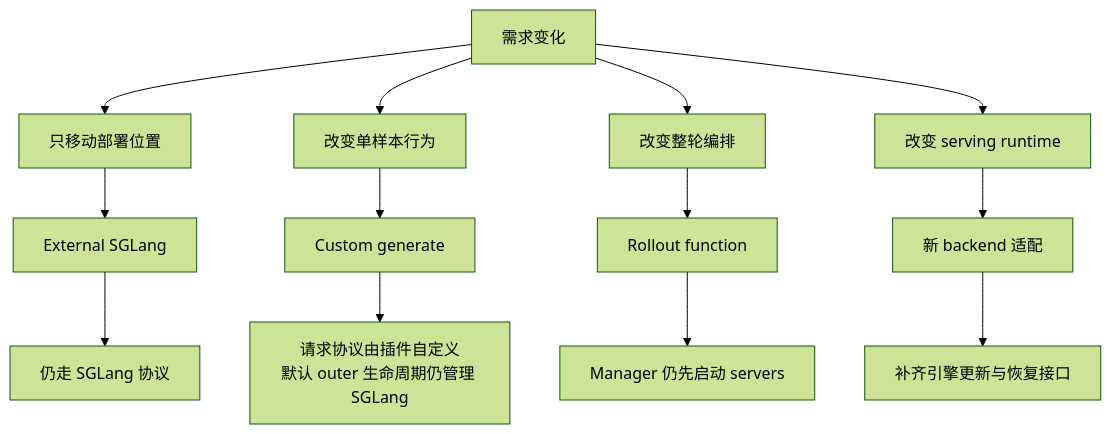
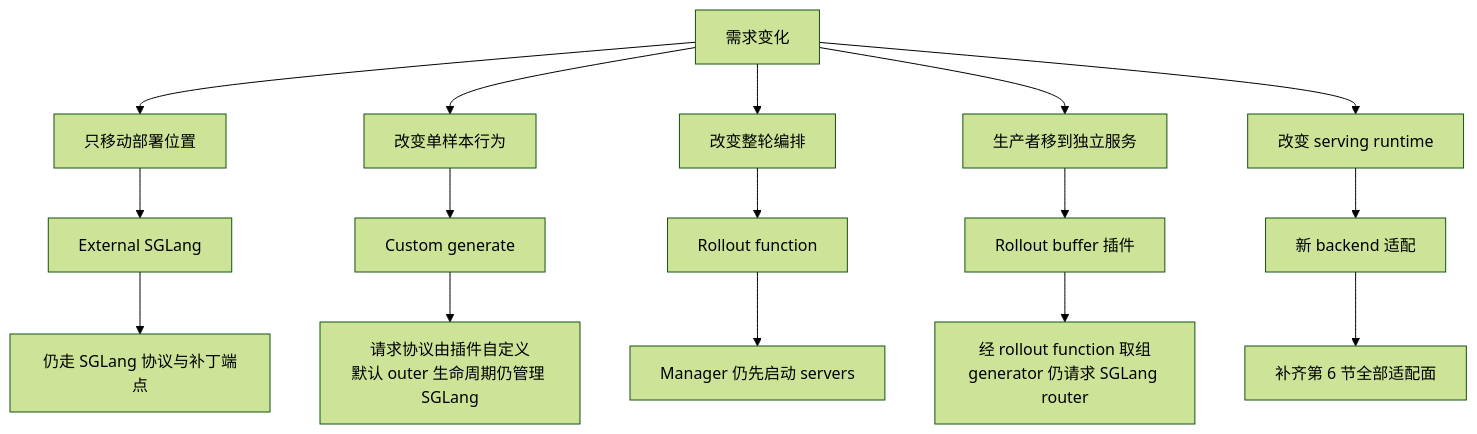
The first of 2 diagrams in wiki/02_engineering/04_posttrain_frameworks/slime/19_slime_rollout_backend_extension_analysis.md (suhaibo666/llm-knowledge), drawn with Mermaid (forest theme) before and after one commit. The commit also changed other lines of this file and 223 other files, not shown here.

````diff
--- a/wiki/02_engineering/04_posttrain_frameworks/slime/19_slime_rollout_backend_extension_analysis.md
+++ b/wiki/02_engineering/04_posttrain_frameworks/slime/19_slime_rollout_backend_extension_analysis.md
@@ -31,15 +32,18 @@
 ```mermaid
 flowchart TB
     Q["需求变化"] --> D["只移动部署位置"]
     Q --> G["改变单样本行为"]
     Q --> O["改变整轮编排"]
+    Q --> P["生产者移到独立服务"]
     Q --> B["改变 serving runtime"]
     D --> ES["External SGLang"]
     G --> CG["Custom generate"]
     O --> RF["Rollout function"]
+    P --> RB["Rollout buffer 插件"]
     B --> NB["新 backend 适配"]
-    ES --> SP["仍走 SGLang 协议"]
+    ES --> SP["仍走 SGLang 协议与补丁端点"]
     CG --> CP["请求协议由插件自定义<br/>默认 outer 生命周期仍管理 SGLang"]
     RF --> MS["Manager 仍先启动 servers"]
-    NB --> BC["补齐引擎更新与恢复接口"]
+    RB --> RS["经 rollout function 取组<br/>generator 仍请求 SGLang router"]
+    NB --> BC["补齐第 6 节全部适配面"]
 ```
````
